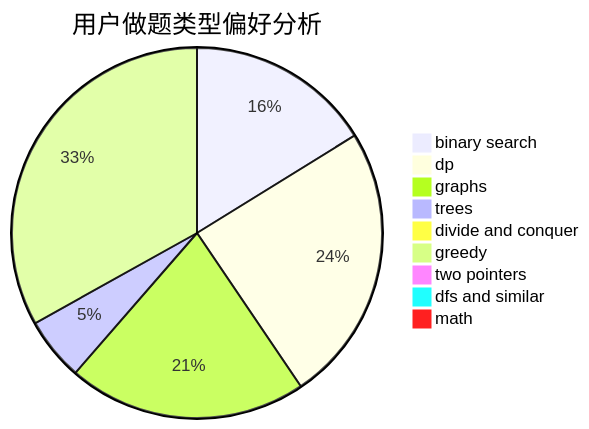
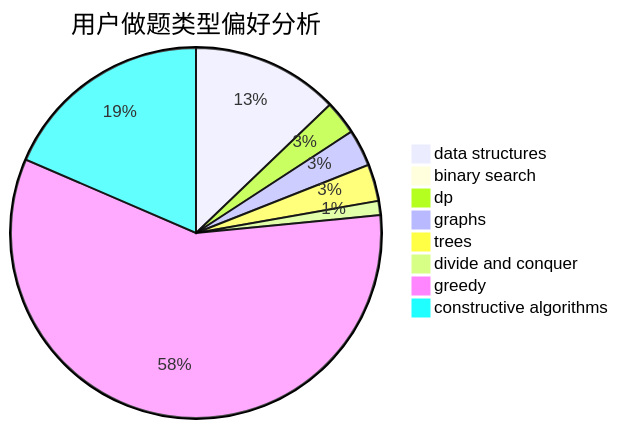
One commit to sherpahu/cfrs.github.io changed the second of 3 diagrams in docs/user/u2730.md. Above: the diagram before and after it, drawn with Mermaid. The commit also changed other lines of this file and 2775 other files, not shown here.

````diff
--- a/docs/user/u2730.md
+++ b/docs/user/u2730.md
@@ -23,12 +23,11 @@
 ```mermaid
 pie title 用户做题类型偏好分析
-    "binary search" :  135
-    "dp" :  203
-    "graphs" :  174
-    "trees" :  46
+    "data structures" :  52
+    "binary search" :  0
+    "dp" :  12
+    "graphs" :  13
+    "trees" :  13
     "divide and conquer" :  5
-    "greedy" :  276
-    "two pointers" :  0
-    "dfs and similar" :  3
-    "math" :  3
+    "greedy" :  235
+    "constructive algorithms" :  75
 ```
````
